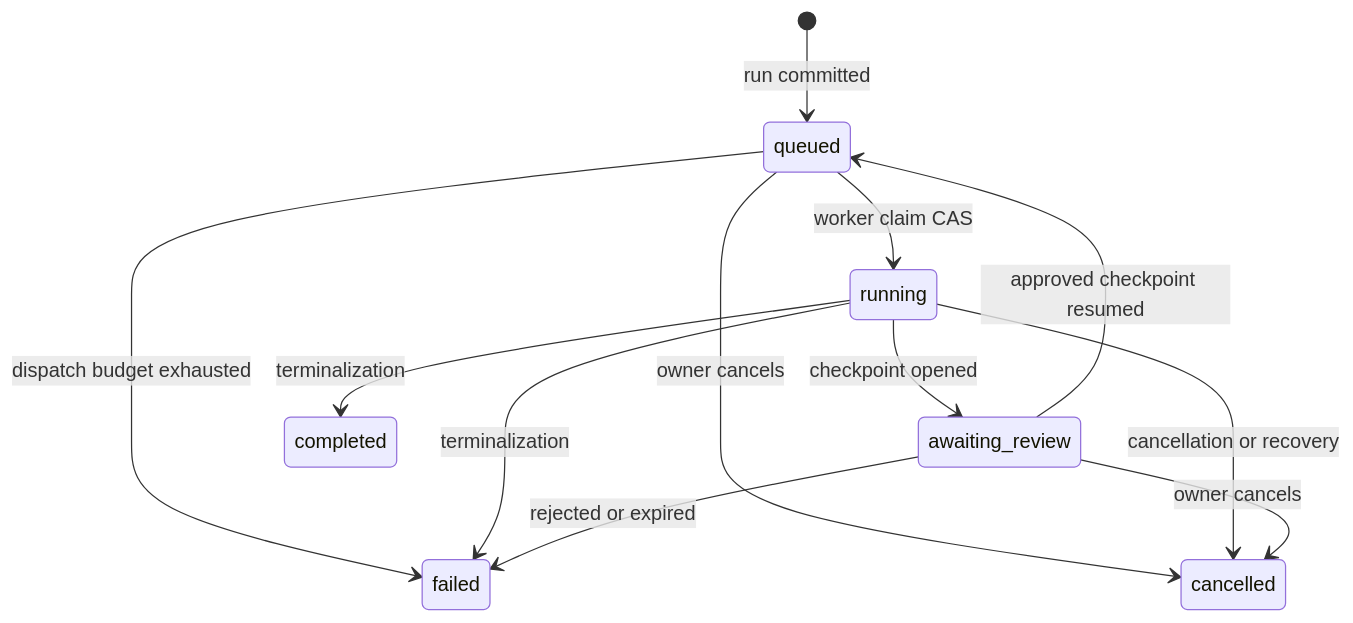
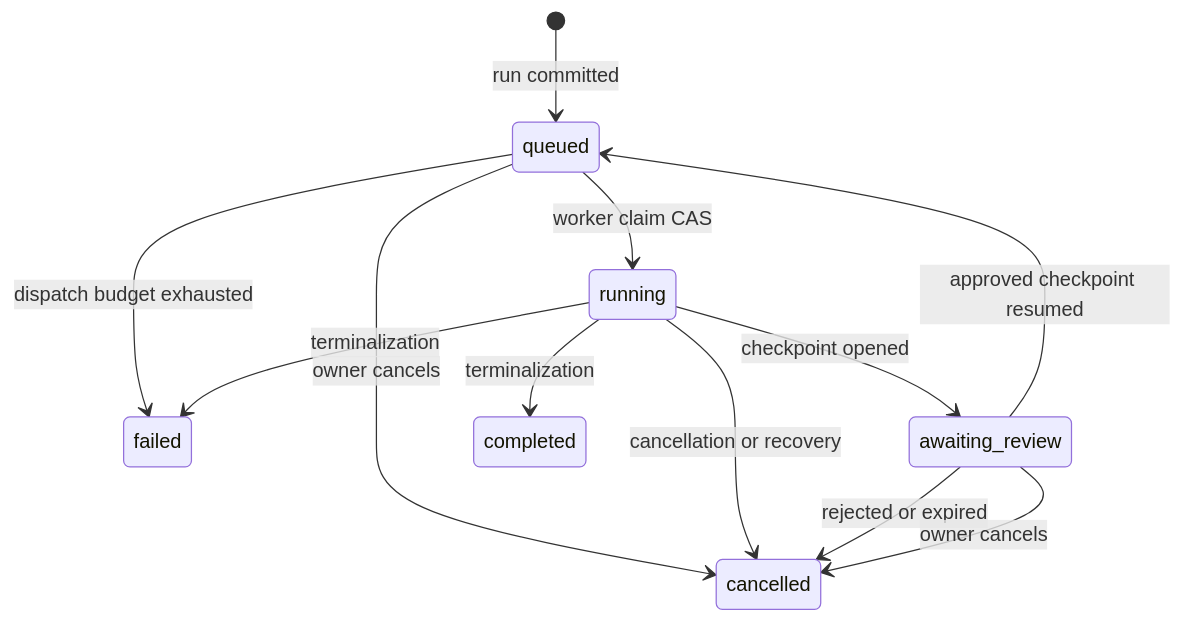
One commit to eneo-ai/eneo changed the diagram in frontend/apps/docs-site/src/content/docs/flows-for-developers/run-lifecycle.mdx. Above: the diagram before and after it, drawn with Mermaid. The commit also changed 2 other files, not shown here.

Commit message:
docs(flows): correct runtime limits and binding examples

````diff
--- a/frontend/apps/docs-site/src/content/docs/flows-for-developers/run-lifecycle.mdx
+++ b/frontend/apps/docs-site/src/content/docs/flows-for-developers/run-lifecycle.mdx
@@ -8,14 +8,14 @@
 ```mermaid
 stateDiagram-v2
   [*] --> queued: run committed
   queued --> running: worker claim CAS
   queued --> failed: dispatch budget exhausted
   queued --> cancelled: owner cancels
   running --> awaiting_review: checkpoint opened
   running --> completed: terminalization
   running --> failed: terminalization
   running --> cancelled: cancellation or recovery
   awaiting_review --> queued: approved checkpoint resumed
-  awaiting_review --> failed: rejected or expired
+  awaiting_review --> cancelled: rejected or expired
   awaiting_review --> cancelled: owner cancels
 ```
````
